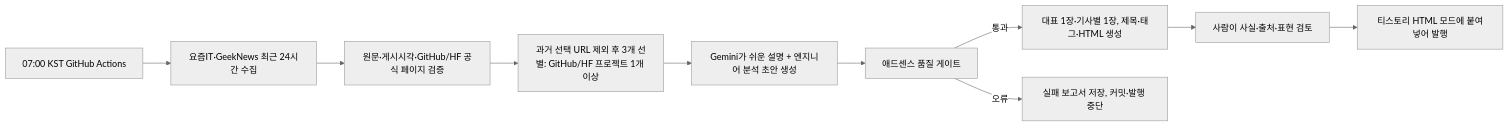
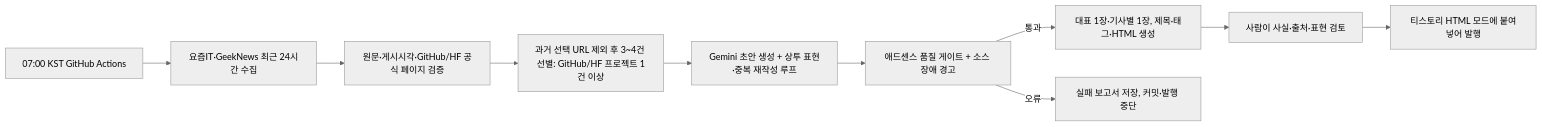
Before and after one commit to dongbinr56-maker/tistory_blog: the diagram in README.md, drawn with Mermaid (neutral theme). The commit also changed other lines of this file and 26 other files, not shown here.

````diff
--- a/README.md
+++ b/README.md
@@ -14,12 +14,12 @@
 ```mermaid
 flowchart LR
   A[07:00 KST GitHub Actions] --> B[요즘IT·GeekNews 최근 24시간 수집]
   B --> C[원문·게시시각·GitHub/HF 공식 페이지 검증]
-  C --> D[과거 선택 URL 제외 후 3개 선별: GitHub/HF 프로젝트 1개 이상]
-  D --> E[Gemini가 쉬운 설명 + 엔지니어 분석 초안 생성]
-  E --> F[애드센스 품질 게이트]
+  C --> D[과거 선택 URL 제외 후 3~4건 선별: GitHub/HF 프로젝트 1건 이상]
+  D --> E[Gemini 초안 생성 + 상투 표현·중복 재작성 루프]
+  E --> F[애드센스 품질 게이트 + 소스 장애 경고]
   F -->|통과| G[대표 1장·기사별 1장, 제목·태그·HTML 생성]
   F -->|오류| H[실패 보고서 저장, 커밋·발행 중단]
   G --> I[사람이 사실·출처·표현 검토]
   I --> J[티스토리 HTML 모드에 붙여넣어 발행]
 ```
````
